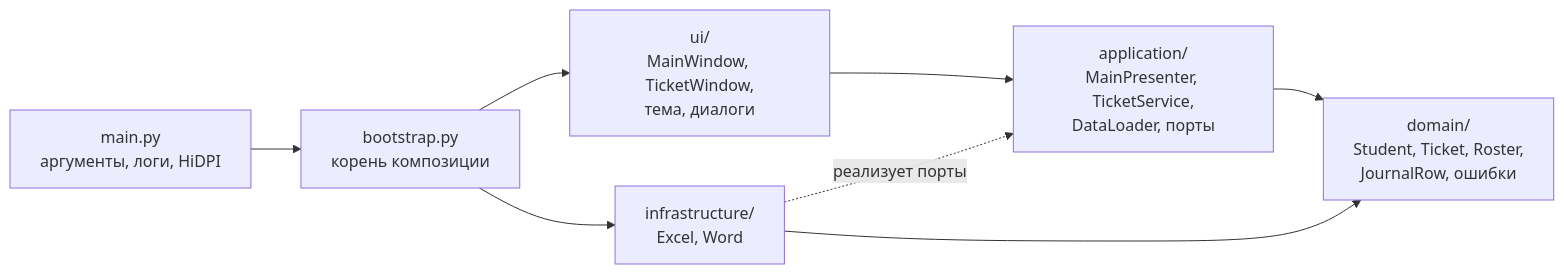
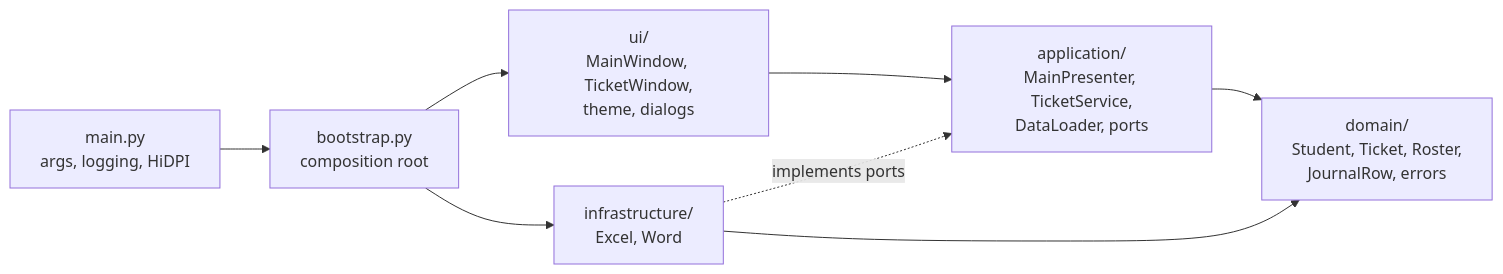
The diagram in lab2/README.md (JOHNSPEIAN/PSI), drawn with Mermaid before and after one commit. The commit also changed other lines of this file and 3 other files, not shown here.

````diff
--- a/lab2/README.md
+++ b/lab2/README.md
@@ -88,10 +74,10 @@
 ```mermaid
 flowchart LR
-    main["main.py<br/>аргументы, логи, HiDPI"] --> boot["bootstrap.py<br/>корень композиции"]
-    boot --> ui["ui/<br/>MainWindow, TicketWindow,<br/>тема, диалоги"]
+    main["main.py<br/>args, logging, HiDPI"] --> boot["bootstrap.py<br/>composition root"]
+    boot --> ui["ui/<br/>MainWindow, TicketWindow,<br/>theme, dialogs"]
     boot --> infra["infrastructure/<br/>Excel, Word"]
-    ui --> app["application/<br/>MainPresenter, TicketService,<br/>DataLoader, порты"]
-    infra -. реализует порты .-> app
-    app --> domain["domain/<br/>Student, Ticket, Roster,<br/>JournalRow, ошибки"]
+    ui --> app["application/<br/>MainPresenter, TicketService,<br/>DataLoader, ports"]
+    infra -. implements ports .-> app
+    app --> domain["domain/<br/>Student, Ticket, Roster,<br/>JournalRow, errors"]
     infra --> domain
 ```
````
